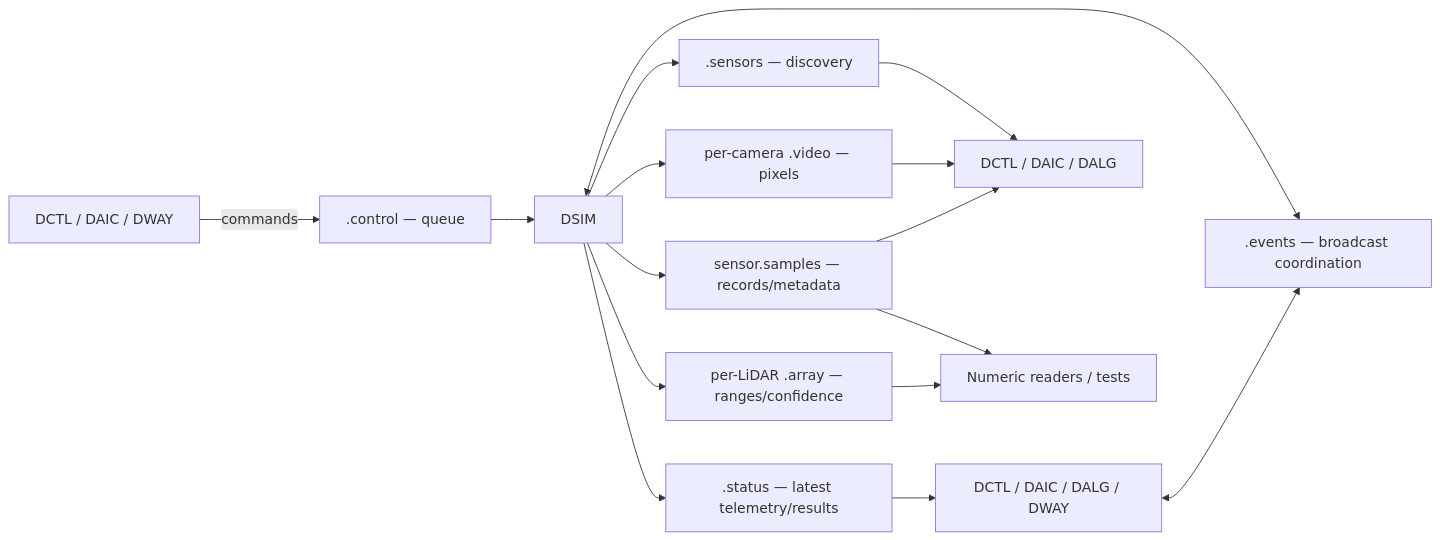
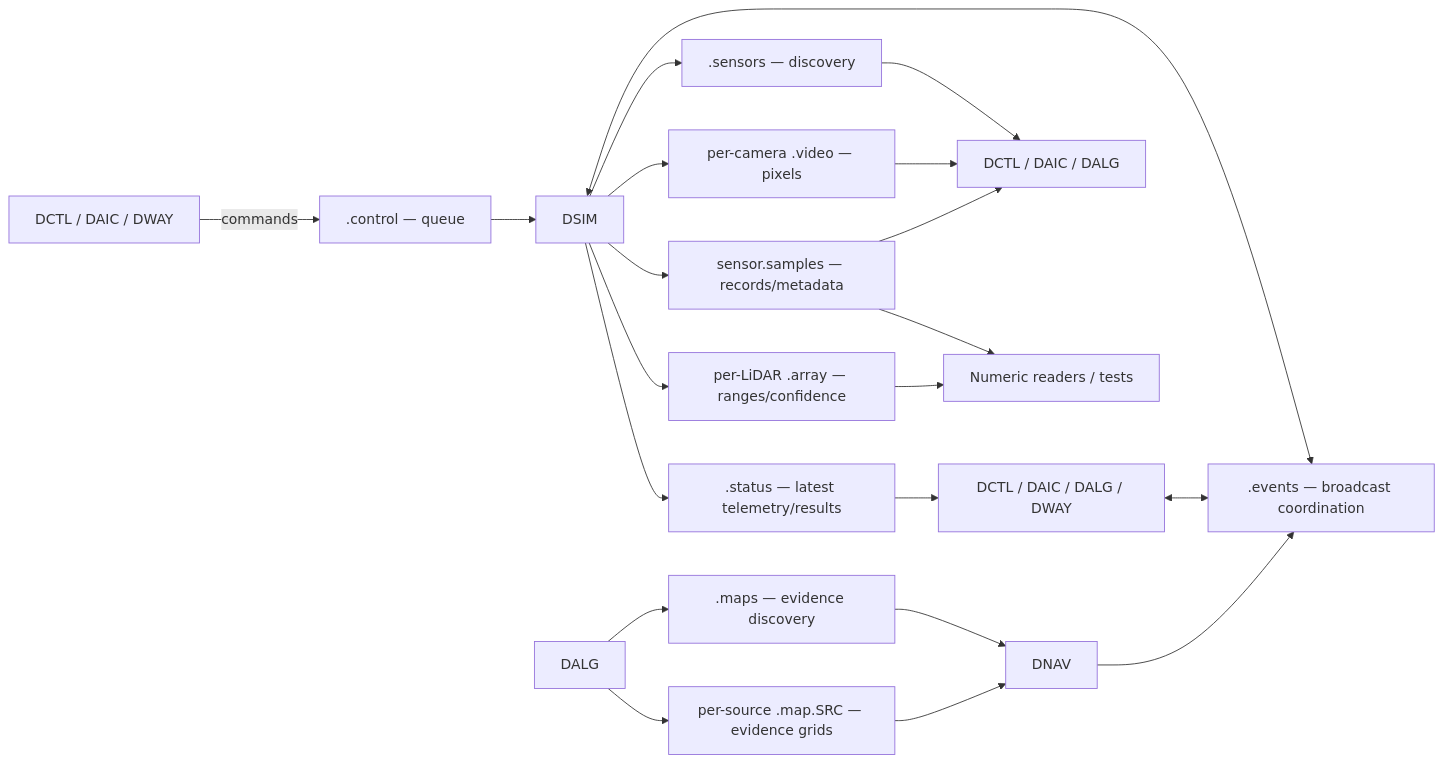
The diagram in docs/membus.md (wheresjames/dvision), drawn with Mermaid before and after one commit. The commit also changed other lines of this file and 159 other files, not shown here.

````diff
--- a/docs/membus.md
+++ b/docs/membus.md
@@ -58,18 +105,23 @@
 ```mermaid
 flowchart LR
     CTRL["DCTL / DAIC / DWAY"] -->|commands| CONTROL[".control — queue"]
     CONTROL --> DSIM[DSIM]
     DSIM --> STATUS[".status — latest telemetry/results"]
     STATUS --> CLIENTS["DCTL / DAIC / DALG / DWAY"]
     DSIM --> REG[".sensors — discovery"]
     REG --> VISION["DCTL / DAIC / DALG"]
     DSIM --> RGB["per-camera .video — pixels"]
     RGB --> VISION
     DSIM --> SAMPLES["sensor.samples — records/metadata"]
     SAMPLES --> VISION
     SAMPLES --> NUMERIC["Numeric readers / tests"]
     DSIM --> ARRAYS["per-LiDAR .array — ranges/confidence"]
     ARRAYS --> NUMERIC
     DSIM <--> EVENTS[".events — broadcast coordination"]
     CLIENTS <--> EVENTS
+    DALG[DALG] --> MAPREG[".maps — evidence discovery"]
+    DALG --> MAPS["per-source .map.SRC — evidence grids"]
+    MAPREG --> DNAV[DNAV]
+    MAPS --> DNAV
+    DNAV --> EVENTS
 ```
````
